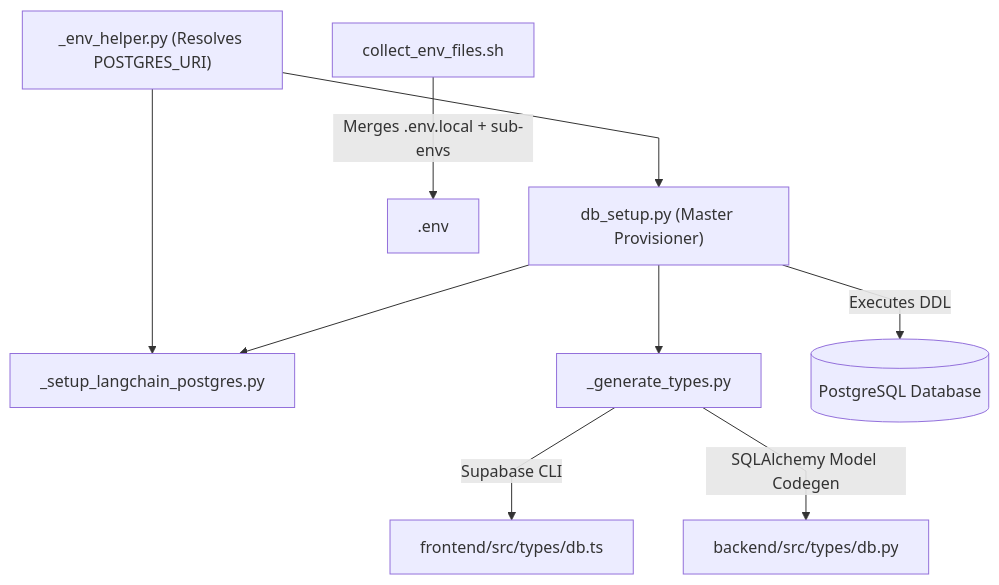
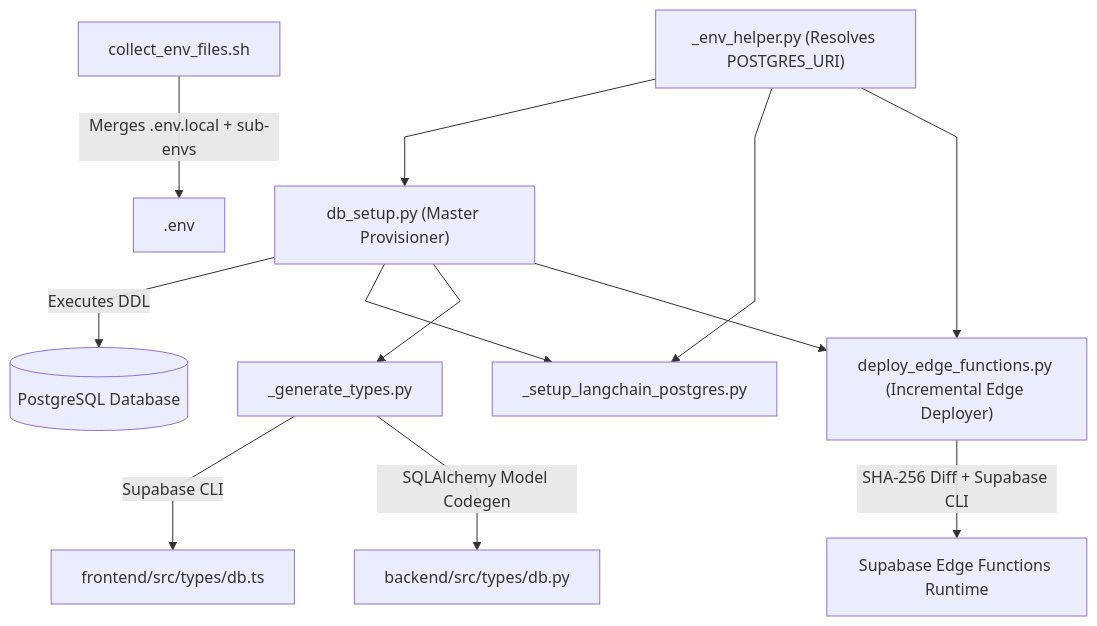
Before and after one commit to VictorBravo9er/Teacher-Assistant-Workspace: the third of 3 diagrams in systems/devops_and_deployment.md, drawn with Mermaid. The commit also changed 10 other files, not shown here.

Commit message:
feat(scripts): use Supabase CLI for db migrations and edge function deployments without public schema pollution

````diff
--- a/systems/devops_and_deployment.md
+++ b/systems/devops_and_deployment.md
@@ -97,22 +97,26 @@
 ```mermaid
 %%{init: {'flowchart': {'curve': 'linear'}}}%%
 flowchart TD
     EnvHelper["_env_helper.py (Resolves POSTGRES_URI)"]
     
     SetupDB["db_setup.py (Master Provisioner)"]
     LangGraphInit["_setup_langchain_postgres.py"]
     GenTypes["_generate_types.py"]
+    EdgeDeploy["deploy_edge_functions.py (Incremental Edge Deployer)"]
     EnvCollector["collect_env_files.sh"]
 
     EnvHelper --> SetupDB
     EnvHelper --> LangGraphInit
+    EnvHelper --> EdgeDeploy
 
     SetupDB -->|Executes DDL| PostgreSQL[("PostgreSQL Database")]
     SetupDB --> LangGraphInit
     SetupDB --> GenTypes
+    SetupDB --> EdgeDeploy
 
     GenTypes -->|Supabase CLI| TypeScriptTypes["frontend/src/types/db.ts"]
     GenTypes -->|SQLAlchemy Model Codegen| PythonTypes["backend/src/types/db.py"]
+    EdgeDeploy -->|SHA-256 Diff + Supabase CLI| SupabaseEdge["Supabase Edge Functions Runtime"]
 
     EnvCollector -->|Merges .env.local + sub-envs| RootEnv[".env"]
 ```
````
